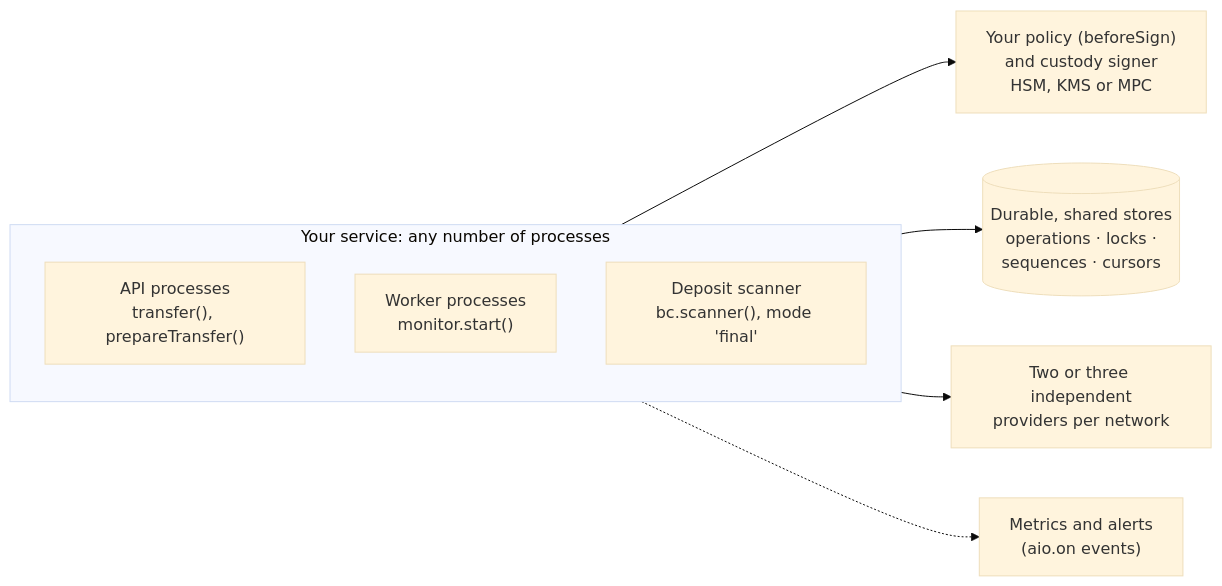
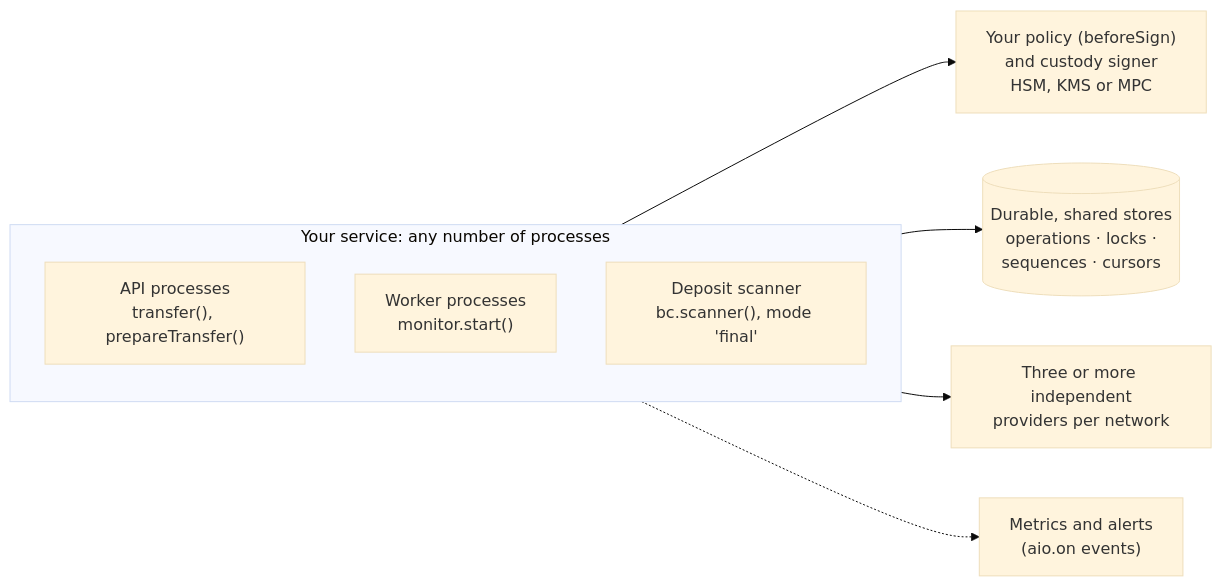
Before and after one commit to vhidvz/crypto-aio: the diagram in docs/tour/production.md, drawn with Mermaid (base theme). The commit also changed other lines of this file and 470 other files, not shown here.

````diff
--- a/docs/tour/production.md
+++ b/docs/tour/production.md
@@ -21,17 +21,17 @@
 ```mermaid
 flowchart LR
   subgraph svc["Your service: any number of processes"]
     direction TB
     api["API processes<br/>transfer(), prepareTransfer()"]
     wk["Worker processes<br/>monitor.start()"]
     sc["Deposit scanner<br/>bc.scanner(), mode 'final'"]
   end
   stores[("Durable, shared stores<br/>operations · locks ·<br/>sequences · cursors")]
   custody["Your policy (beforeSign)<br/>and custody signer<br/>HSM, KMS or MPC"]
-  prov["Two or three independent<br/>providers per network"]
+  prov["Three or more independent<br/>providers per network"]
   obs["Metrics and alerts<br/>(aio.on events)"]
   svc --> stores
   svc --> prov
   api --> custody
   svc -.-> obs
 ```
````
